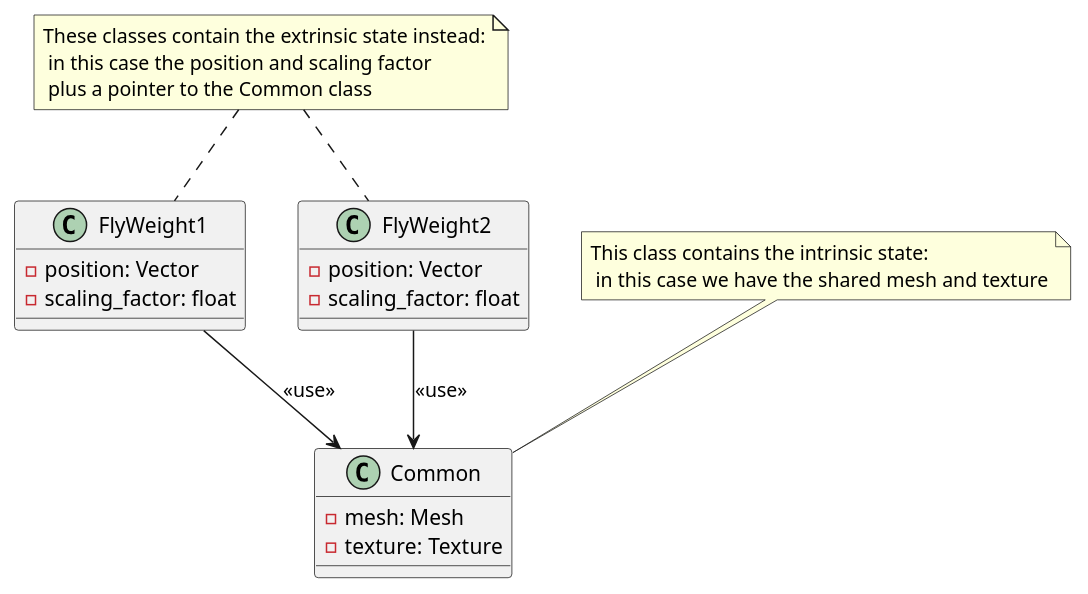
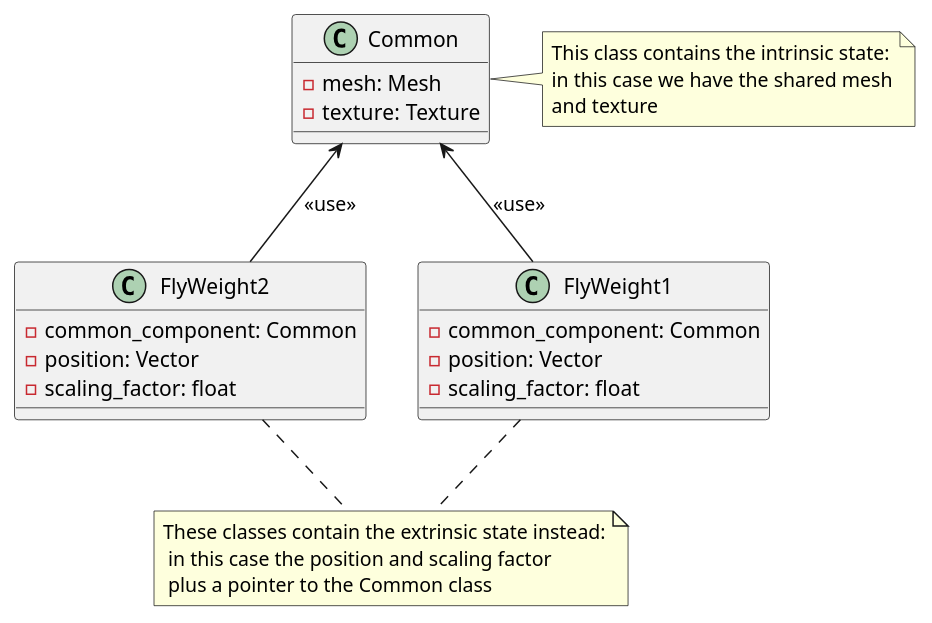
One commit to 2DGD-F0TH/2DGD_F0TH changed the diagram in raw_resources/images/design_patterns/class_flyweight.puml. Above: the diagram before and after it, drawn with PlantUML. The commit also changed 23 other files, not shown here.

Commit message:
Updated design patterns UML diagrams

```diff
--- a/raw_resources/images/design_patterns/class_flyweight.puml
+++ b/raw_resources/images/design_patterns/class_flyweight.puml
@@ -1,29 +1,31 @@
 @startuml
 class Common{
     - mesh: Mesh
     - texture: Texture
 }
 
 class FlyWeight1{
+    - common_component: Common
     - position: Vector
     - scaling_factor: float
 }
 
 class FlyWeight2{
+    - common_component: Common
     - position: Vector
     - scaling_factor: float
 }
 
-note "This class contains the intrinsic state:\n in this case we have the shared mesh and texture" as N1
+note "This class contains the intrinsic state:\nin this case we have the shared mesh\nand texture" as N1
 
 note "These classes contain the extrinsic state instead:\n in this case the position and scaling factor\n plus a pointer to the Common class" as N2
 
 
-FlyWeight1 --> Common: <<use>>
-FlyWeight2 --> Common: <<use>>
+FlyWeight1 -up-> Common: <<use>>
+FlyWeight2 -up-> Common: <<use>>
 
-N1 .. Common
-N2 .. FlyWeight1
-N2 .. FlyWeight2
+N1 .left. Common
+N2 .up. FlyWeight1
+N2 .up. FlyWeight2
 
 @enduml
```
